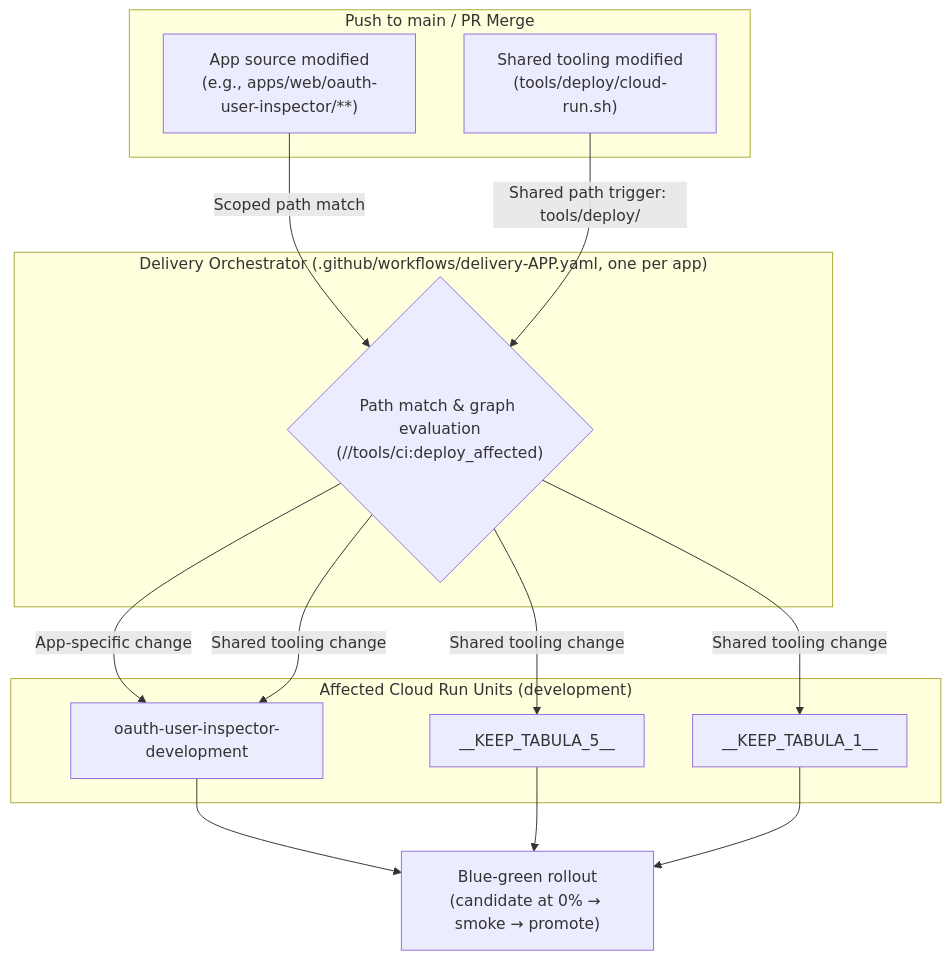
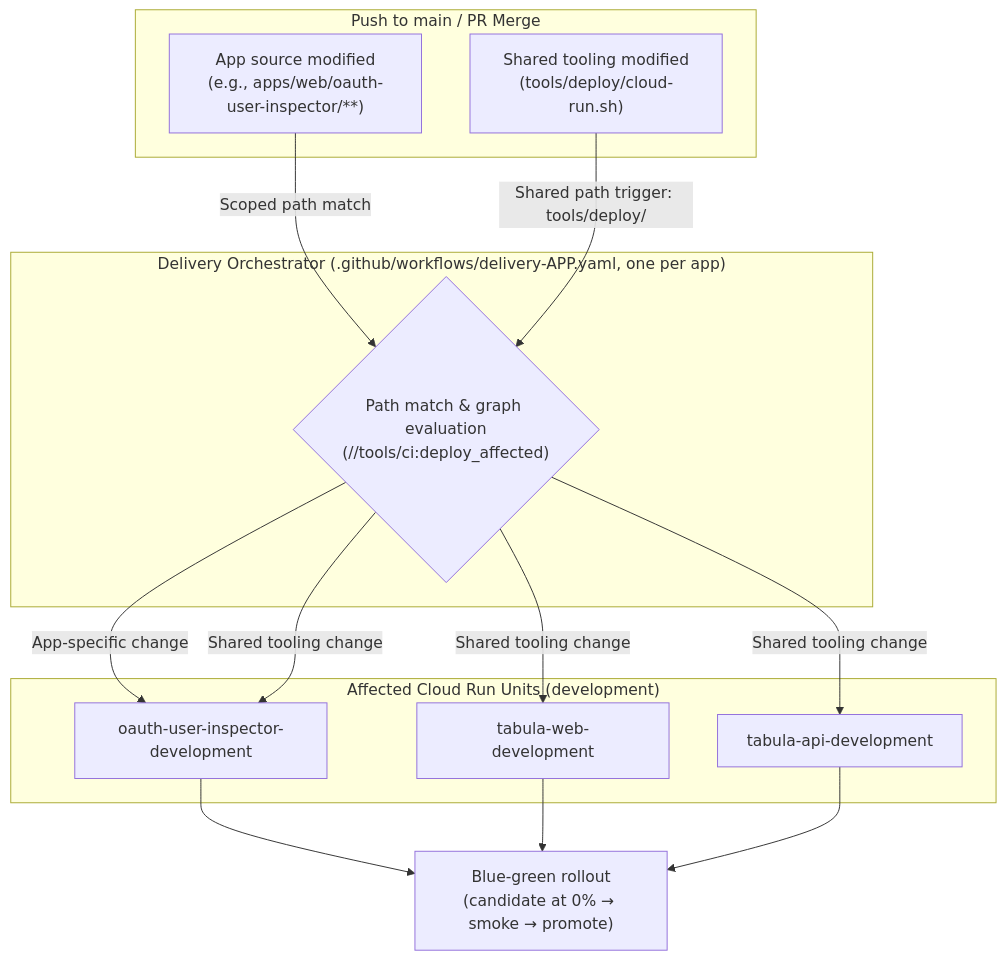
One commit to VitruvianSoftware/vitruvian-core changed the fourth of 5 diagrams in docs/concepts/sdlc.md. Above: the diagram before and after it, drawn with Mermaid. The commit also changed 12 other files, not shown here.

````diff
--- a/docs/concepts/sdlc.md
+++ b/docs/concepts/sdlc.md
@@ -117,27 +117,27 @@
 ```mermaid
 flowchart TD
     subgraph Triggers["Push to main / PR Merge"]
         APP_SRC["App source modified<br/>(e.g., apps/web/oauth-user-inspector/**)"]
         SHARED_TOOL["Shared tooling modified<br/>(tools/deploy/cloud-run.sh)"]
     end
 
     subgraph Orchestrator["Delivery Orchestrator (.github/workflows/delivery-APP.yaml, one per app)"]
         EVAL{"Path match & graph evaluation<br/>(//tools/ci:deploy_affected)"}
     end
 
     subgraph Units["Affected Cloud Run Units (development)"]
         OAUTH["oauth-user-inspector-development"]
-        TAB_WEB["__KEEP_TABULA_5__"]
-        TAB_API["__KEEP_TABULA_1__"]
+        TAB_WEB["tabula-web-development"]
+        TAB_API["tabula-api-development"]
     end
 
     APP_SRC -->|Scoped path match| EVAL
     SHARED_TOOL -->|Shared path trigger: tools/deploy/| EVAL
 
     EVAL -->|App-specific change| OAUTH
     EVAL -->|Shared tooling change| OAUTH & TAB_WEB & TAB_API
 
     OAUTH --> BLUEGREEN["Blue-green rollout<br/>(candidate at 0% → smoke → promote)"]
     TAB_WEB --> BLUEGREEN
     TAB_API --> BLUEGREEN
 ```
````
